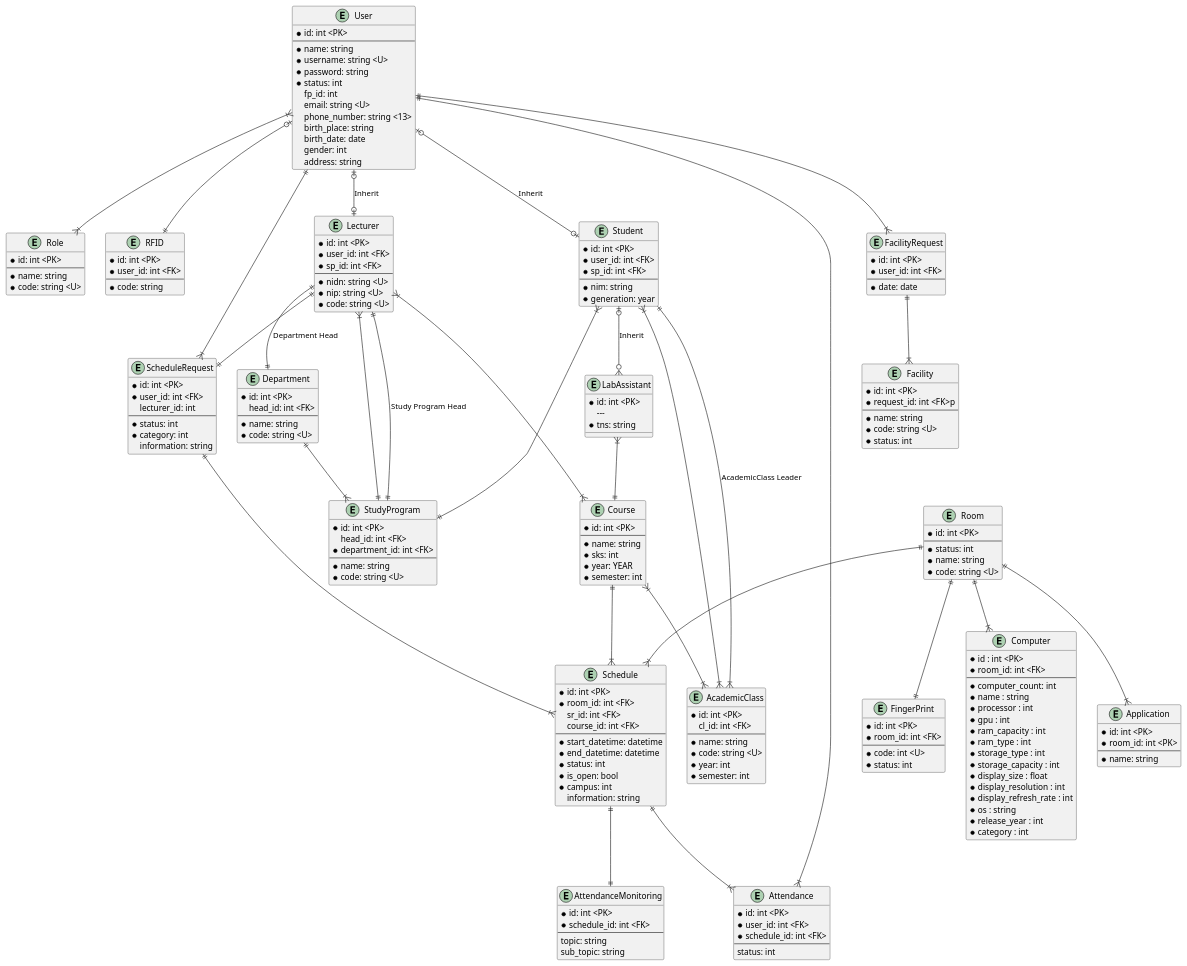
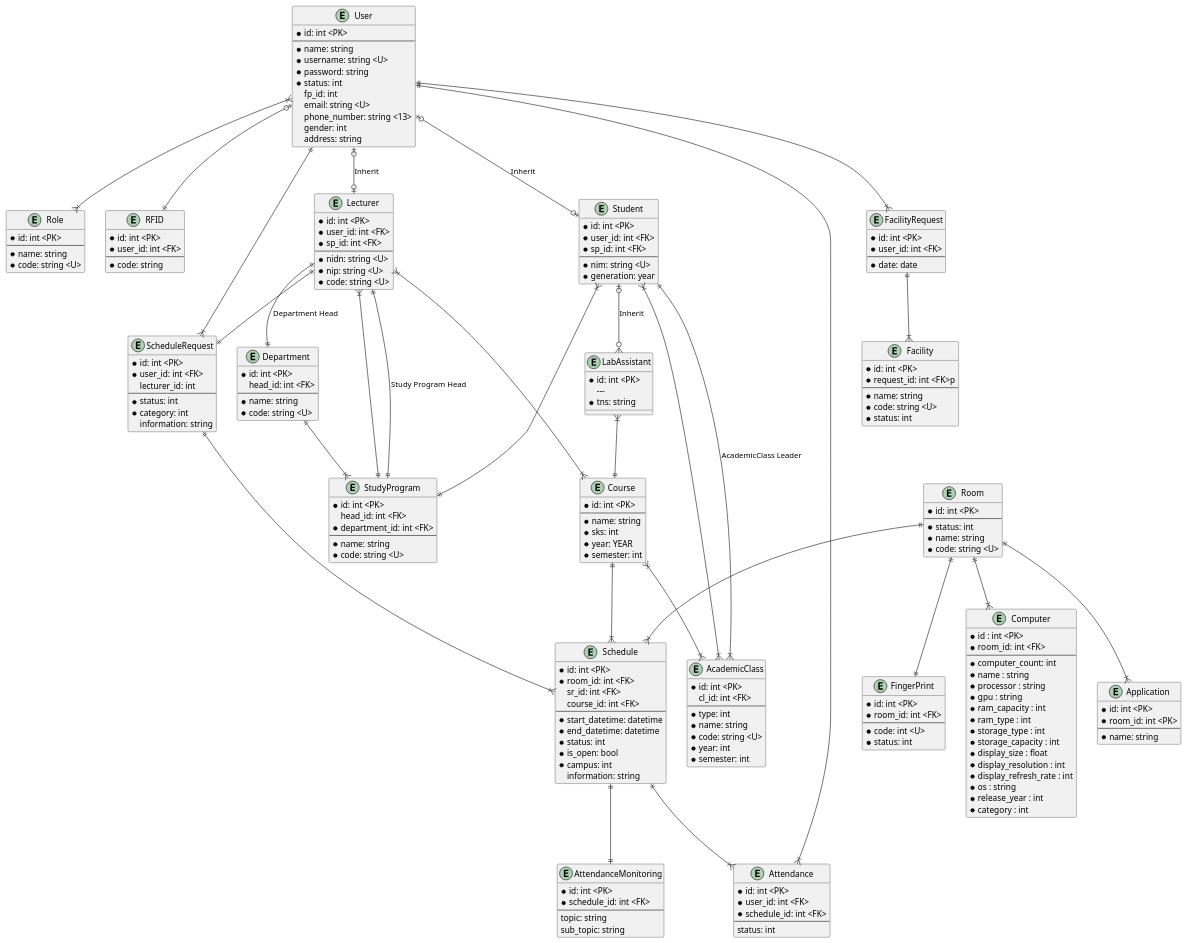
Before and after one commit to codebaradev/Simlab: the diagram in docs/erd.plantuml, drawn with PlantUML.

```diff
--- a/docs/erd.plantuml
+++ b/docs/erd.plantuml
@@ -13,8 +13,8 @@
     fp_id: int
     email: string <U>
     phone_number: string <13>
-    birth_place: string
-    birth_date: date
+    ' birth_place: string
+    ' birth_date: date
     gender: int
     address: string
 }
@@ -56,7 +56,7 @@
     * user_id: int <FK>
     * sp_id: int <FK>
     ---
-    * nim: string
+    * nim: string <U>
     * generation: year  
 }
 
@@ -159,6 +159,7 @@
     * id: int <PK>
     cl_id: int <FK>
     ---
+    * type: int
     * name: string
     * code: string <U>
     * year: int
@@ -172,8 +173,6 @@
     * name: string
     * code: string <U>
 }
-
-
     
 entity Computer {
     * id : int <PK>
@@ -181,8 +180,8 @@
     ---
     * computer_count: int
     * name : string
-    * processor : int
-    * gpu : int
+    * processor : string
+    * gpu : string
     * ram_capacity : int
     * ram_type : int
     * storage_type : int
```
